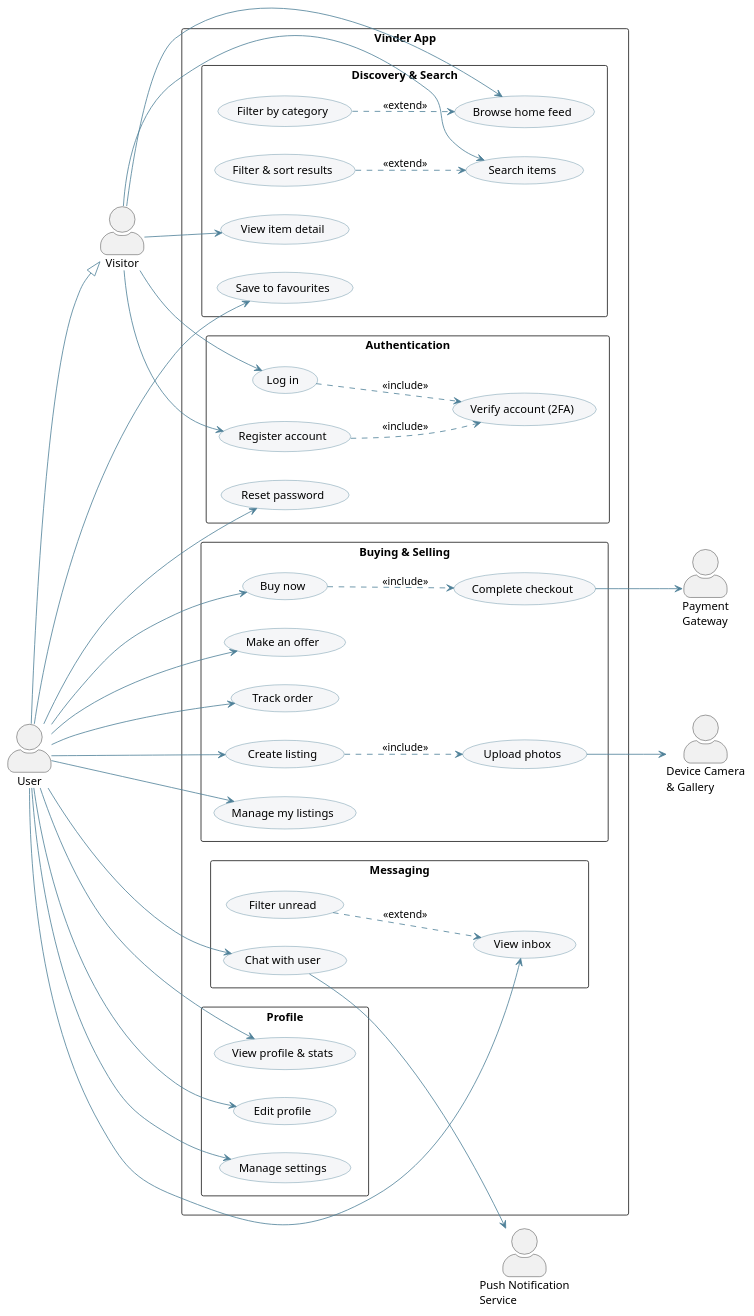
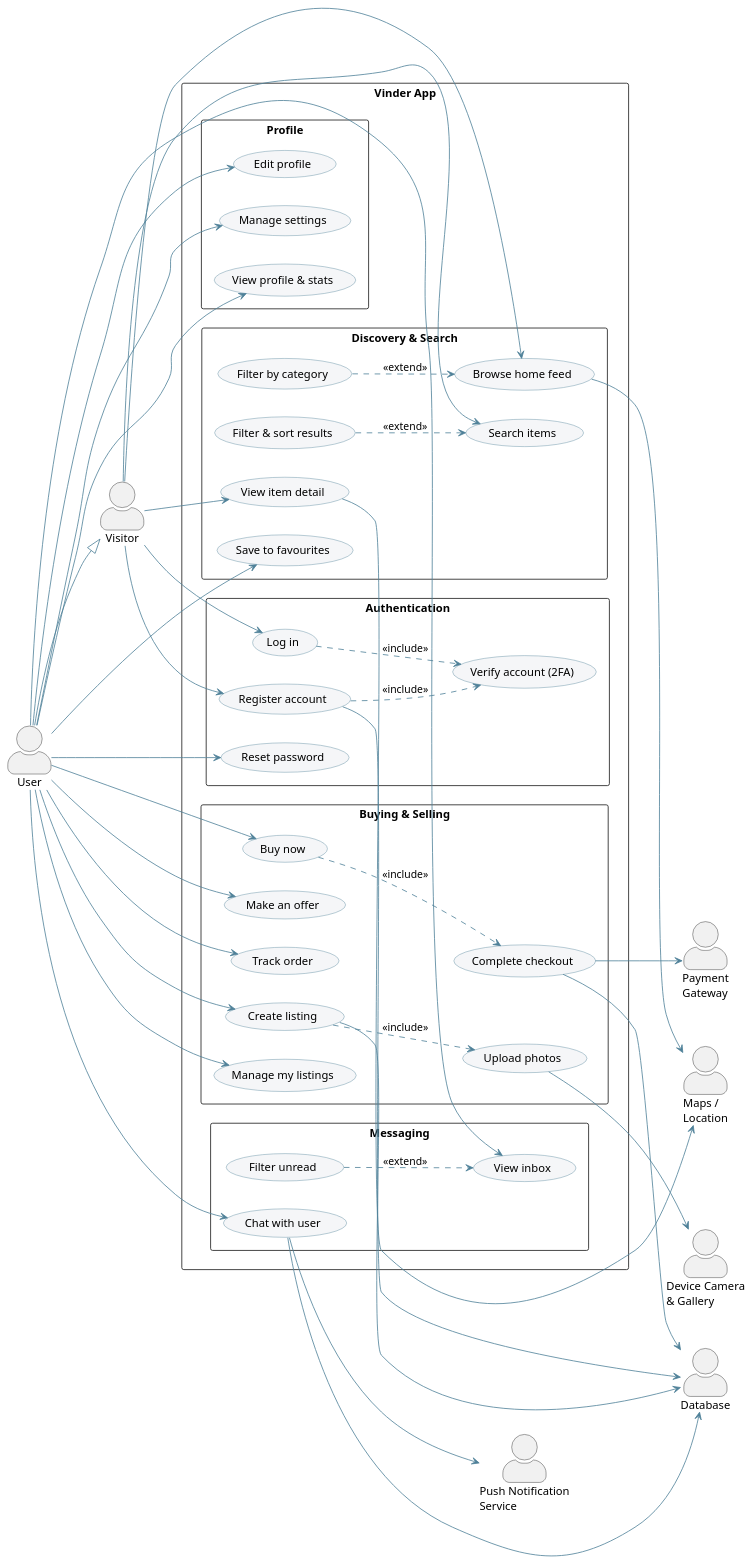
One commit to Pharrellstu/Vinder changed the diagram in docs/diagrams/usecase.puml. Above: the diagram before and after it, drawn with PlantUML. The commit also changed 2 other files, not shown here.

Commit message:
docs(diagrams): add Maps/Location and Database as external actors on use case diagram
Aligns the use case diagram's external actors with the component diagram.

```diff
--- a/docs/diagrams/usecase.puml
+++ b/docs/diagrams/usecase.puml
@@ -1,106 +1,116 @@
 @startuml Vinder-UseCase
 ' ─────────────────────────────────────────────────────────────
 ' Vinder — Use Case Diagram (target product vision)
 ' Two human actors: Visitor (not logged in) and User (registered).
 ' A User is a logged-in Visitor, so it inherits all public use cases.
 ' ─────────────────────────────────────────────────────────────
 
 left to right direction
 skinparam shadowing false
 skinparam packageStyle rectangle
 skinparam actorStyle awesome
 skinparam usecase {
   BackgroundColor #F5F6F8
   BorderColor #4E8098
   ArrowColor #4E8098
 }
 
 ' ---------- Human actors ----------
 actor "Visitor" as Visitor
 actor "User"    as User
 User --|> Visitor
 
-' ---------- System / secondary actors ----------
+' ---------- System / secondary actors (external systems from the component diagram) ----------
 actor "Payment\nGateway"            as Pay
 actor "Push Notification\nService"  as Push
 actor "Device Camera\n& Gallery"    as Cam
+actor "Maps /\nLocation"            as Maps
+actor "Database"                    as DB
 
 ' ---------- System boundary ----------
 rectangle "Vinder App" {
 
   package "Authentication" {
     usecase "Register account"      as UC_Reg
     usecase "Log in"                as UC_Login
     usecase "Verify account (2FA)"  as UC_2FA
     usecase "Reset password"        as UC_Reset
   }
 
   package "Discovery & Search" {
     usecase "Browse home feed"      as UC_Feed
     usecase "Filter by category"    as UC_Cat
     usecase "Search items"          as UC_Search
     usecase "Filter & sort results" as UC_Filter
     usecase "View item detail"      as UC_Item
     usecase "Save to favourites"    as UC_Fav
   }
 
   package "Buying & Selling" {
     usecase "Buy now"            as UC_Buy
     usecase "Make an offer"      as UC_Offer
     usecase "Complete checkout"  as UC_Checkout
     usecase "Track order"        as UC_Order
     usecase "Create listing"     as UC_Create
     usecase "Upload photos"      as UC_Photo
     usecase "Manage my listings" as UC_Manage
   }
 
   package "Messaging" {
     usecase "View inbox"     as UC_Inbox
     usecase "Filter unread"  as UC_Unread
     usecase "Chat with user" as UC_Chat
   }
 
   package "Profile" {
     usecase "View profile & stats" as UC_Profile
     usecase "Edit profile"         as UC_Edit
     usecase "Manage settings"      as UC_Settings
   }
 }
 
 ' ---------- Visitor: public, no account needed ----------
 Visitor --> UC_Reg
 Visitor --> UC_Login
 Visitor --> UC_Feed
 Visitor --> UC_Search
 Visitor --> UC_Item
 
 ' ---------- User: everything that needs an account ----------
 ' (also inherits all Visitor use cases via the generalisation)
 User --> UC_Reset
 User --> UC_Fav
 User --> UC_Buy
 User --> UC_Offer
 User --> UC_Order
 User --> UC_Create
 User --> UC_Manage
 User --> UC_Inbox
 User --> UC_Chat
 User --> UC_Profile
 User --> UC_Edit
 User --> UC_Settings
 
 ' ---------- include / extend ----------
 UC_Login  ..> UC_2FA      : <<include>>
 UC_Reg    ..> UC_2FA      : <<include>>
 UC_Buy    ..> UC_Checkout : <<include>>
 UC_Create ..> UC_Photo    : <<include>>
 UC_Cat    ..> UC_Feed     : <<extend>>
 UC_Filter ..> UC_Search   : <<extend>>
 UC_Unread ..> UC_Inbox    : <<extend>>
 
 ' ---------- system-actor links ----------
 UC_Checkout --> Pay
 UC_Photo    --> Cam
 UC_Chat     --> Push
+UC_Feed     --> Maps
+UC_Item     --> Maps
+
+' Database persists the core entities: accounts, listings, orders, conversations
+UC_Reg      --> DB
+UC_Create   --> DB
+UC_Checkout --> DB
+UC_Chat     --> DB
 
 @enduml
```
